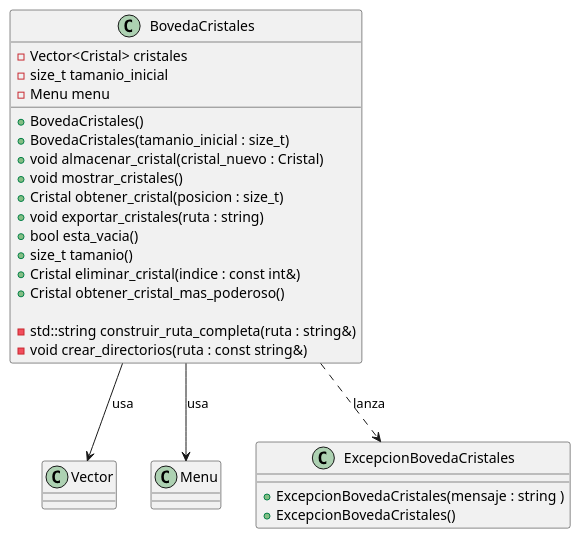
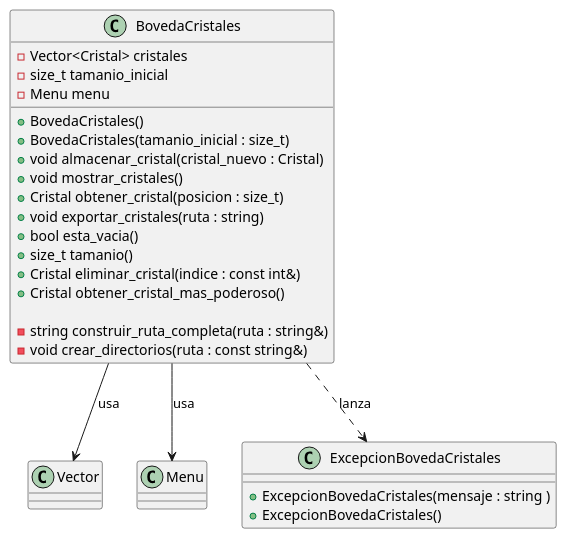
One commit to guillsil/Transformers-Game changed the diagram in Diagramas-UML/BovedaCristales.puml. Above: the diagram before and after it, drawn with PlantUML. The commit also changed 6 other files, not shown here.

```diff
--- a/Diagramas-UML/BovedaCristales.puml
+++ b/Diagramas-UML/BovedaCristales.puml
@@ -1,35 +1,35 @@
 @startuml
 'https://plantuml.com/class-diagram
 class Vector
 class Menu
 
 class ExcepcionBovedaCristales {
     + ExcepcionBovedaCristales(mensaje : string )
     + ExcepcionBovedaCristales()
 }
 
 class BovedaCristales {
     - Vector<Cristal> cristales
     - size_t tamanio_inicial
     - Menu menu
 
     + BovedaCristales()
     + BovedaCristales(tamanio_inicial : size_t)
     + void almacenar_cristal(cristal_nuevo : Cristal)
     + void mostrar_cristales()
     + Cristal obtener_cristal(posicion : size_t)
     + void exportar_cristales(ruta : string)
     + bool esta_vacia()
     + size_t tamanio()
     + Cristal eliminar_cristal(indice : const int&)
     + Cristal obtener_cristal_mas_poderoso()
 
-    - std::string construir_ruta_completa(ruta : string&)
+    - string construir_ruta_completa(ruta : string&)
     - void crear_directorios(ruta : const string&)
 }
 
 ' Relaciones
 BovedaCristales --> Vector : "usa"
 BovedaCristales --> Menu : "usa"
 BovedaCristales ..> ExcepcionBovedaCristales : "lanza"
 @enduml
```
